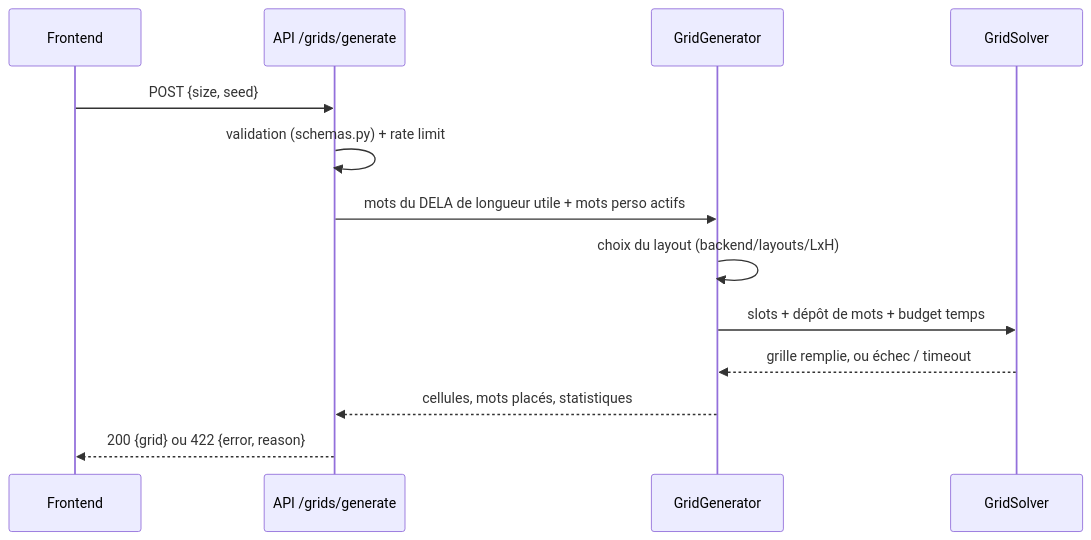
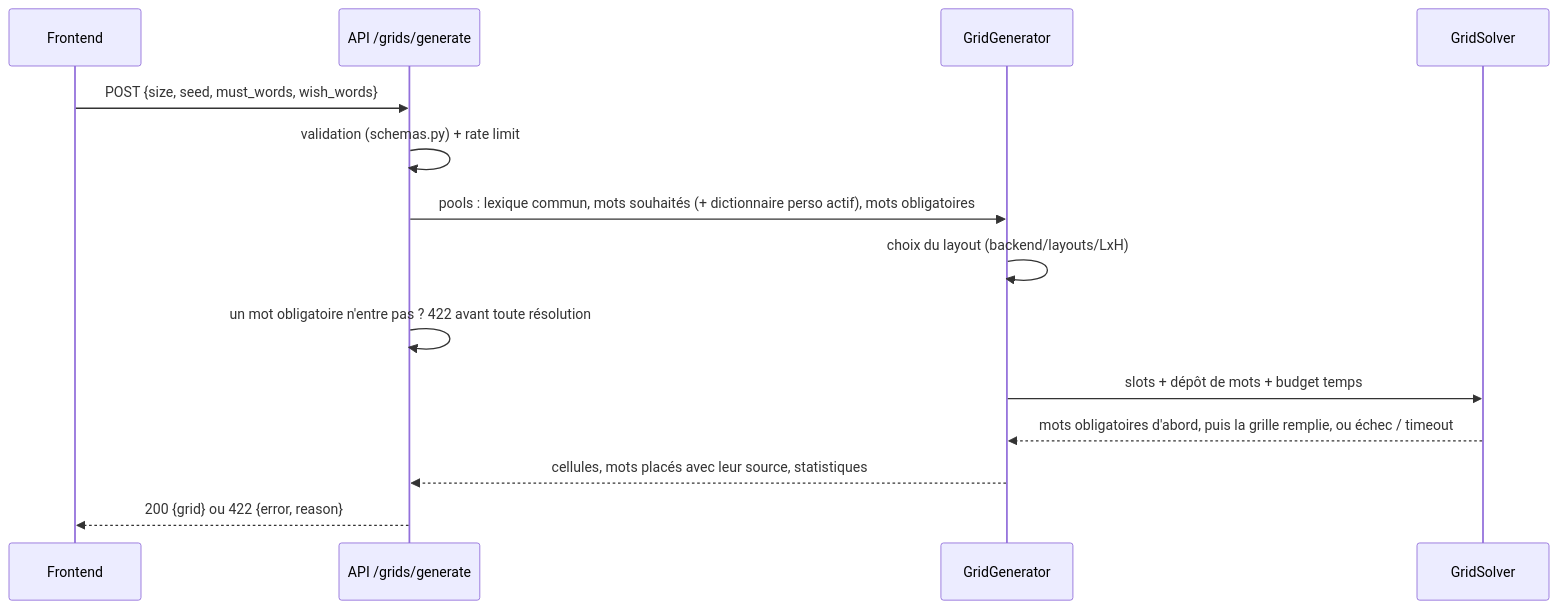
The third of 3 diagrams in docs/ARCHITECTURE.md (maximefd/terminator-app), drawn with Mermaid before and after one commit. The commit also changed other lines of this file and 12 other files, not shown here.

First line of the commit message:
feat(moteur): mots obligatoires, placés en premier et refusés avec une explication

````diff
--- a/docs/ARCHITECTURE.md
+++ b/docs/ARCHITECTURE.md
@@ -100,15 +100,16 @@
 ```mermaid
 sequenceDiagram
     participant F as Frontend
     participant A as API /grids/generate
     participant G as GridGenerator
     participant S as GridSolver
-    F->>A: POST {size, seed}
+    F->>A: POST {size, seed, must_words, wish_words}
     A->>A: validation (schemas.py) + rate limit
-    A->>G: mots du DELA de longueur utile + mots perso actifs
+    A->>G: pools : lexique commun, mots souhaités (+ dictionnaire perso actif), mots obligatoires
     G->>G: choix du layout (backend/layouts/LxH)
+    A->>A: un mot obligatoire n'entre pas ? 422 avant toute résolution
     G->>S: slots + dépôt de mots + budget temps
-    S-->>G: grille remplie, ou échec / timeout
-    G-->>A: cellules, mots placés, statistiques
+    S-->>G: mots obligatoires d'abord, puis la grille remplie, ou échec / timeout
+    G-->>A: cellules, mots placés avec leur source, statistiques
     A-->>F: 200 {grid} ou 422 {error, reason}
 ```
````
